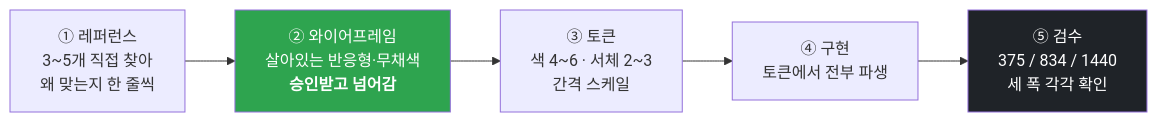
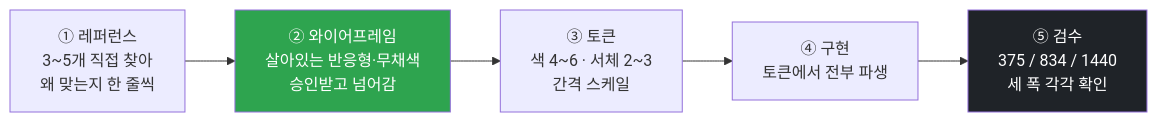
The diagram in skills/wireframe-first/README.md (imbrass9/aiden), drawn with Mermaid before and after one commit. The commit also changed 4 other files, not shown here.

First line of the commit message:
Fix mermaid rendering on GitHub + add '상세 비공개' skills section

````diff
--- a/skills/wireframe-first/README.md
+++ b/skills/wireframe-first/README.md
@@ -43,11 +43,11 @@
 ```mermaid
 flowchart LR
     R["① 레퍼런스<br/>3~5개 직접 찾아<br/>왜 맞는지 한 줄씩"]
-    W["② 와이어프레임<br/>살아있는 반응형·무채색<br/><b>승인받고 넘어감</b>"]
+    W["② 와이어프레임<br/>살아있는 반응형·무채색<br/>승인받고 넘어감"]
     T["③ 토큰<br/>색 4~6 · 서체 2~3<br/>간격 스케일"]
     B["④ 구현<br/>토큰에서 전부 파생"]
     C["⑤ 검수<br/>375 / 834 / 1440<br/>세 폭 각각 확인"]
     R --> W --> T --> B --> C
     style W fill:#2ea44f,color:#fff
     style C fill:#1f2328,color:#fff
 ```
````
